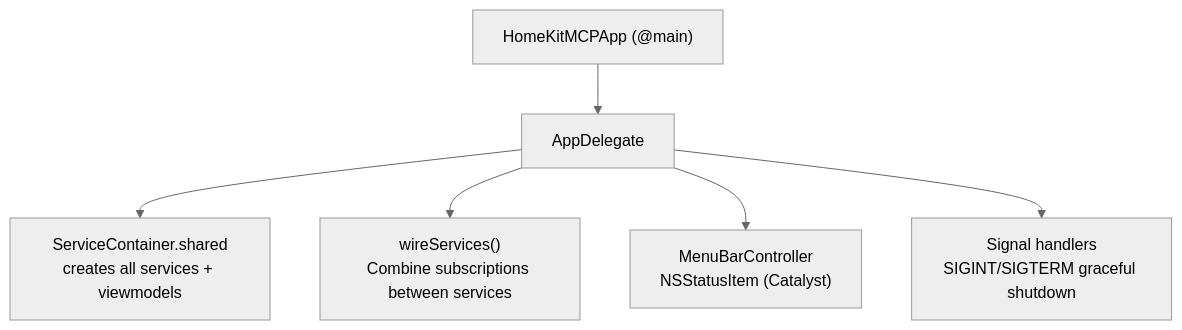
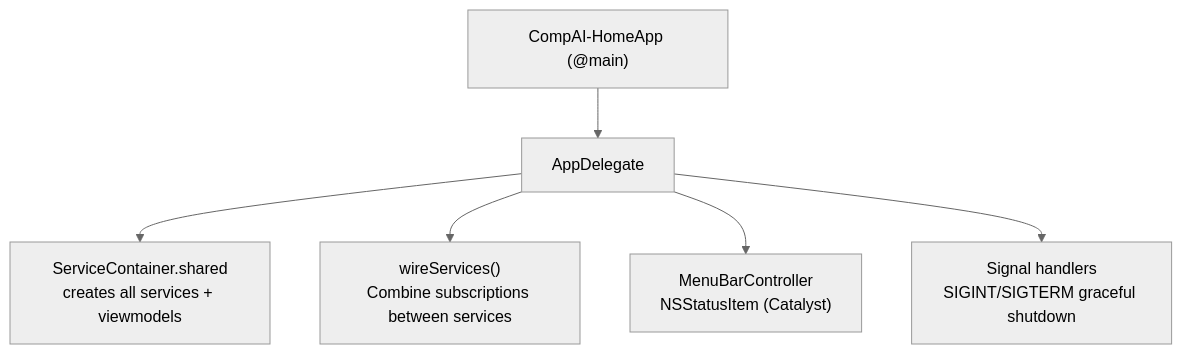
One commit to novoapro/compai-home changed the second of 9 diagrams in DESIGN.md. Above: the diagram before and after it, drawn with Mermaid (neutral theme). The commit also changed other lines of this file and 459 other files, not shown here.

````diff
--- a/DESIGN.md
+++ b/DESIGN.md
@@ -61,8 +61,8 @@
 ```mermaid
 graph TD
-    Main["HomeKitMCPApp (@main)"] --> AppDel["AppDelegate"]
+    Main["CompAI-HomeApp (@main)"] --> AppDel["AppDelegate"]
     AppDel --> SC["ServiceContainer.shared<br/>creates all services + viewmodels"]
     AppDel --> Wire["wireServices()<br/>Combine subscriptions between services"]
     AppDel --> Menu["MenuBarController<br/>NSStatusItem (Catalyst)"]
     AppDel --> Sig["Signal handlers<br/>SIGINT/SIGTERM graceful shutdown"]
 ```
````
